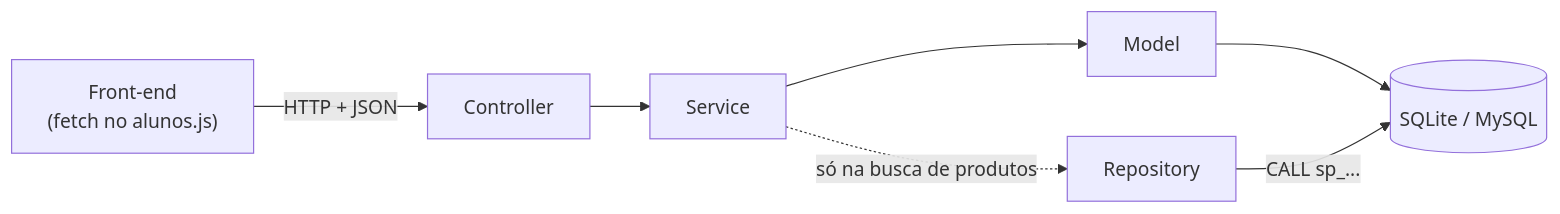
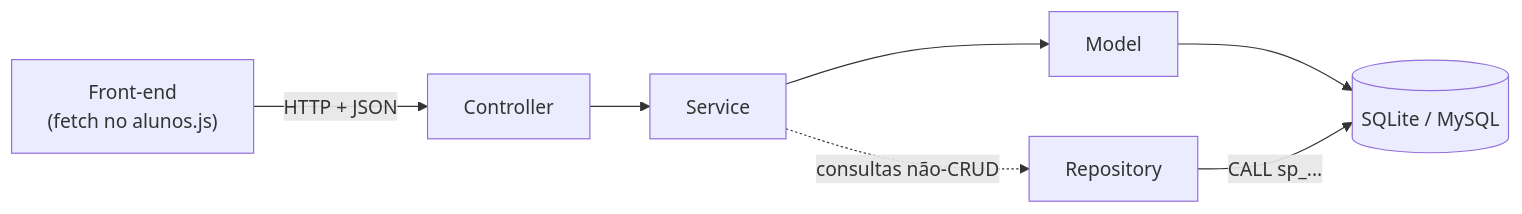
One commit to davimoraes678/Projeto-Cantina changed the first of 2 diagrams in backend/README.md. Above: the diagram before and after it, drawn with Mermaid. The commit also changed other lines of this file and 12 other files, not shown here.

First line of the commit message:
Documentação da entrega: funcionalidades, diagrama de classes e roteiro

````diff
--- a/backend/README.md
+++ b/backend/README.md
@@ -19,9 +21,9 @@
 ```mermaid
 flowchart LR
     F["Front-end<br/>(fetch no alunos.js)"] -->|"HTTP + JSON"| C["Controller"]
     C --> S["Service"]
     S --> M["Model"]
-    S -.->|"só na busca de produtos"| R["Repository"]
+    S -.->|"consultas não-CRUD"| R["Repository"]
     M --> DB[("SQLite / MySQL")]
     R -->|"CALL sp_..."| DB
 ```
````
